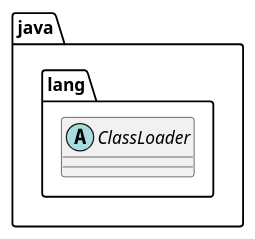
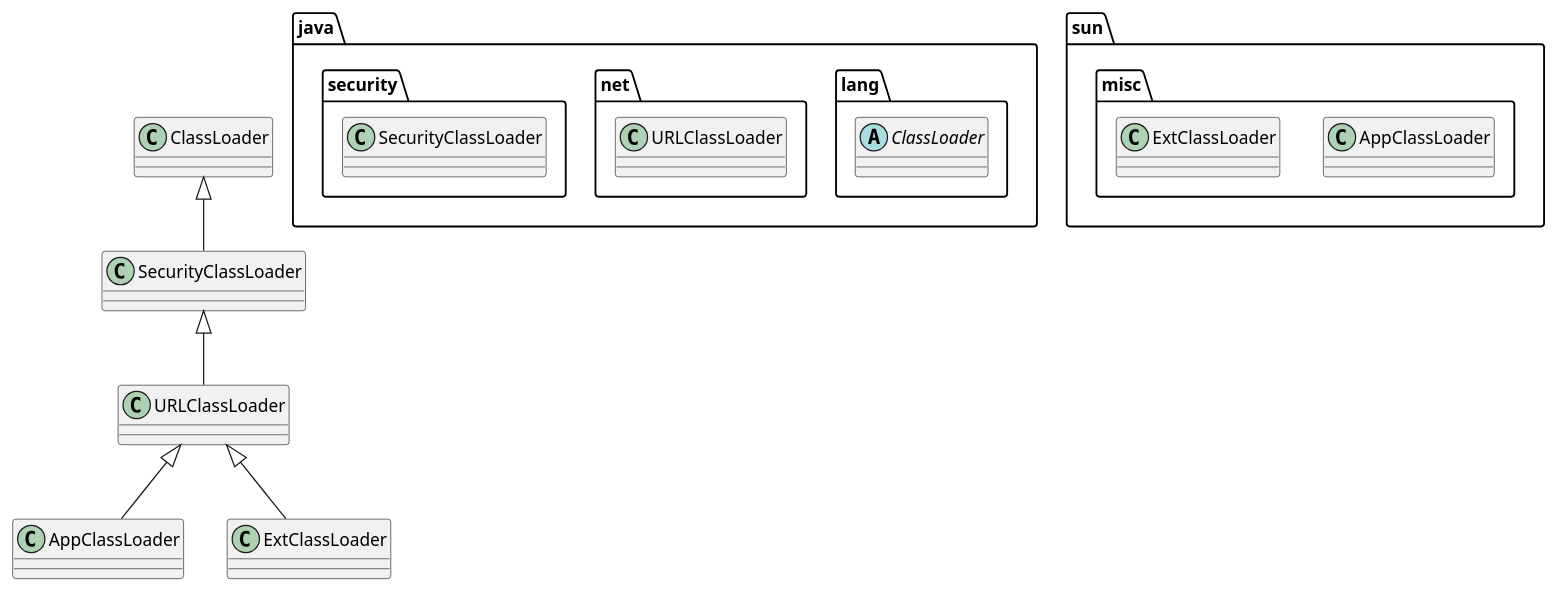
One commit to oka96/java changed the diagram in classloader/classloader.wsd. Above: the diagram before and after it, drawn with PlantUML.

Commit message:
add class diagram

```diff
--- a/classloader/classloader.wsd
+++ b/classloader/classloader.wsd
@@ -1,5 +1,19 @@
 @startuml classLoader
 package java.lang {
     abstract class ClassLoader
 }
+package sun.misc {
+    class AppClassLoader
+    class ExtClassLoader
+}
+package java.net {
+    class URLClassLoader
+}
+package java.security {
+    class SecurityClassLoader
+}
+class SecurityClassLoader extends ClassLoader
+class URLClassLoader extends SecurityClassLoader
+class AppClassLoader extends URLClassLoader
+class ExtClassLoader extends URLClassLoader
 @enduml
```
